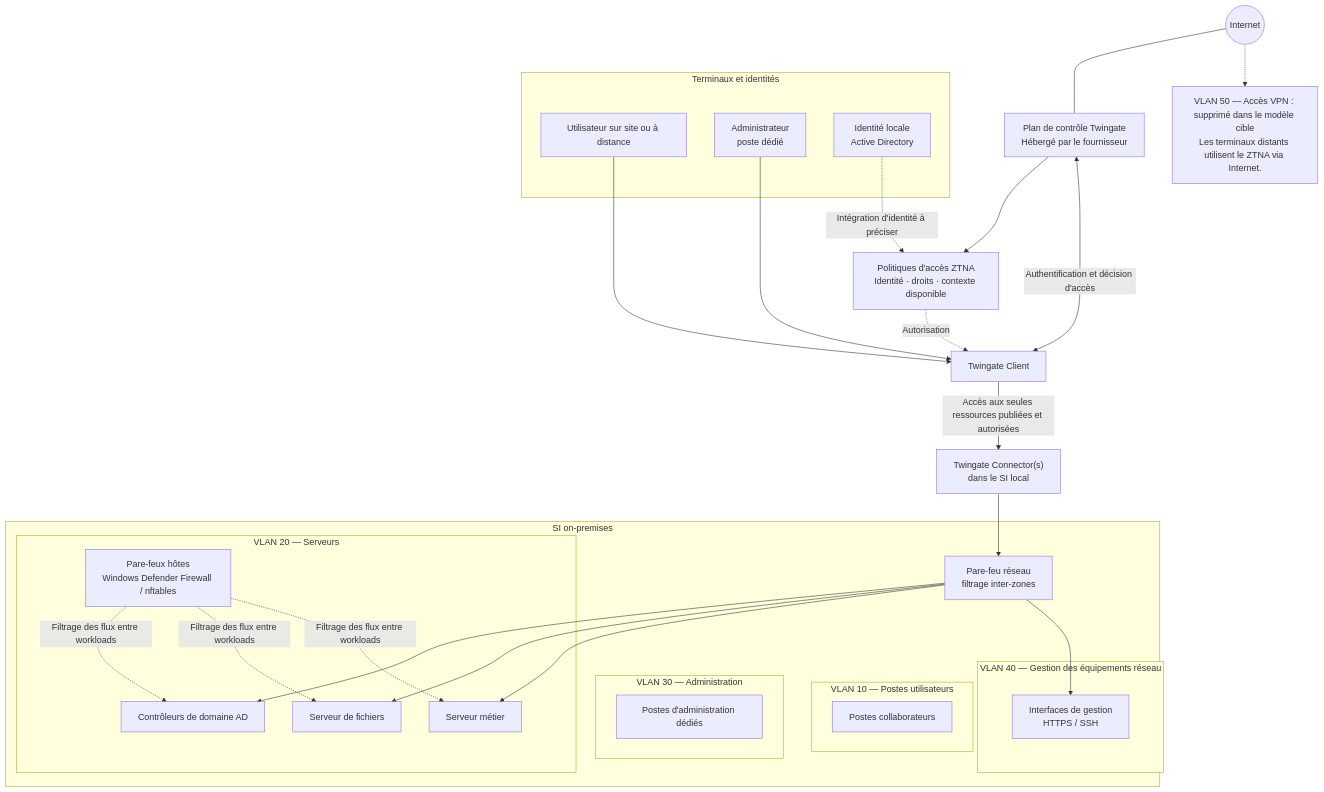
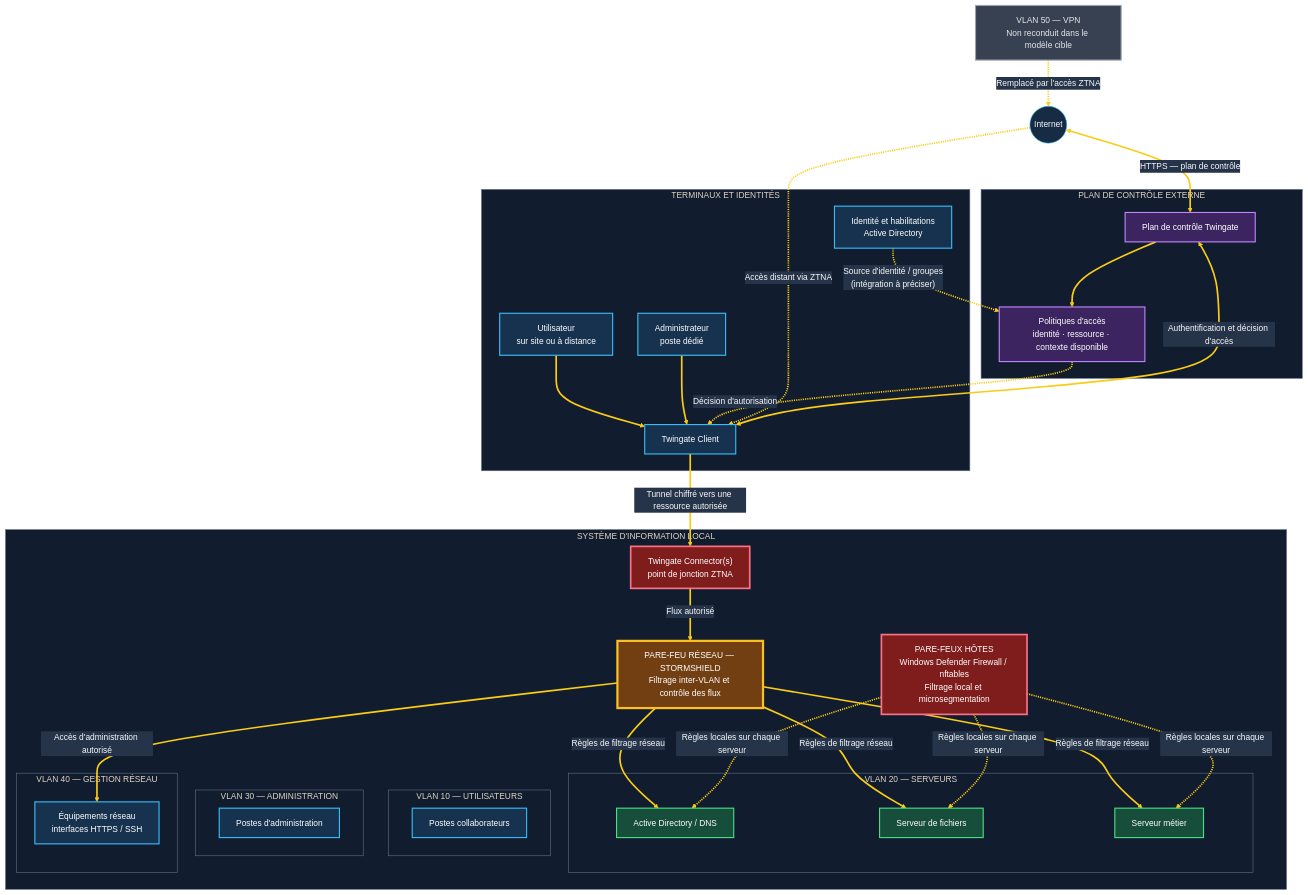
One commit to Chanc-111/Chanc-111 changed the diagram in projects/01-zero-trust-architecture/diagrams/02-target-architecture.mmd. Above: the diagram before and after it, drawn with Mermaid.

Commit message:
Improve target architecture diagram contrast and firewall visibility

```diff
--- a/projects/01-zero-trust-architecture/diagrams/02-target-architecture.mmd
+++ b/projects/01-zero-trust-architecture/diagrams/02-target-architecture.mmd
@@ -1,58 +1,83 @@
+%%{init: {"theme":"base","themeVariables":{"background":"#0b1220","primaryColor":"#172b45","primaryTextColor":"#f8fafc","primaryBorderColor":"#38bdf8","lineColor":"#facc15","secondaryColor":"#182235","tertiaryColor":"#202b3d","clusterBkg":"#111c2e","clusterBorder":"#64748b","edgeLabelBackground":"#263449","fontFamily":"Arial","fontSize":"15px"},"flowchart":{"curve":"basis","htmlLabels":true,"nodeSpacing":45,"rankSpacing":60}}}%%
 flowchart TB
     INTERNET(("Internet"))
 
-    subgraph ENDPOINTS["Terminaux et identités"]
-        USER["Utilisateur sur site ou à distance"]
+    subgraph ACCESS["TERMINAUX ET IDENTITÉS"]
+        USER["Utilisateur<br/>sur site ou à distance"]
         ADMIN["Administrateur<br/>poste dédié"]
-        ID["Identité locale<br/>Active Directory"]
+        ID["Identité et habilitations<br/>Active Directory"]
+        CLIENT["Twingate Client"]
     end
 
-    CONTROL["Plan de contrôle Twingate<br/>Hébergé par le fournisseur"]
-    POLICY["Politiques d'accès ZTNA<br/>Identité · droits · contexte disponible"]
-    CLIENT["Twingate Client"]
-    CONNECTOR["Twingate Connector(s)<br/>dans le SI local"]
+    subgraph CLOUD["PLAN DE CONTRÔLE EXTERNE"]
+        CONTROL["Plan de contrôle Twingate"]
+        POLICY["Politiques d'accès<br/>identité · ressource · contexte disponible"]
+    end
 
-    subgraph ONSITE["SI on-premises"]
-        FW["Pare-feu réseau<br/>filtrage inter-zones"]
+    subgraph LOCAL["SYSTÈME D'INFORMATION LOCAL"]
+        CONNECTOR["Twingate Connector(s)<br/>point de jonction ZTNA"]
 
-        subgraph V10["VLAN 10 — Postes utilisateurs"]
+        FW["PARE-FEU RÉSEAU — STORMSHIELD<br/>Filtrage inter-VLAN et contrôle des flux"]
+
+        subgraph V10["VLAN 10 — UTILISATEURS"]
             USERS["Postes collaborateurs"]
         end
 
-        subgraph V20["VLAN 20 — Serveurs"]
-            AD["Contrôleurs de domaine AD"]
+        subgraph V20["VLAN 20 — SERVEURS"]
+            AD["Active Directory / DNS"]
             FILES["Serveur de fichiers"]
             APP["Serveur métier"]
-            HOSTFW["Pare-feux hôtes<br/>Windows Defender Firewall / nftables"]
         end
 
-        subgraph V30["VLAN 30 — Administration"]
-            ADM["Postes d'administration dédiés"]
+        subgraph V30["VLAN 30 — ADMINISTRATION"]
+            ADM["Postes d'administration"]
         end
 
-        subgraph V40["VLAN 40 — Gestion des équipements réseau"]
-            NET["Interfaces de gestion<br/>HTTPS / SSH"]
+        subgraph V40["VLAN 40 — GESTION RÉSEAU"]
+            NET["Équipements réseau<br/>interfaces HTTPS / SSH"]
         end
+
+        HOSTFW["PARE-FEUX HÔTES<br/>Windows Defender Firewall / nftables<br/>Filtrage local et microsegmentation"]
     end
 
     USER --> CLIENT
     ADMIN --> CLIENT
+
     CLIENT <-->|"Authentification et décision d'accès"| CONTROL
+    ID -.->|"Source d'identité / groupes<br/>(intégration à préciser)"| POLICY
     CONTROL --> POLICY
-    ID -.->|"Intégration d'identité à préciser"| POLICY
-    POLICY -.->|"Autorisation"| CLIENT
-    CLIENT -->|"Accès aux seules ressources publiées et autorisées"| CONNECTOR
-    CONNECTOR --> FW
-    FW --> AD
-    FW --> FILES
-    FW --> APP
-    FW --> NET
+    POLICY -.->|"Décision d'autorisation"| CLIENT
 
-    HOSTFW -.->|"Filtrage des flux entre workloads"| AD
-    HOSTFW -.->|"Filtrage des flux entre workloads"| FILES
-    HOSTFW -.->|"Filtrage des flux entre workloads"| APP
+    CLIENT ==>|"Tunnel chiffré vers une ressource autorisée"| CONNECTOR
+    CONNECTOR ==>|"Flux autorisé"| FW
 
-    INTERNET --- CONTROL
+    FW ==>|"Règles de filtrage réseau"| AD
+    FW ==>|"Règles de filtrage réseau"| FILES
+    FW ==>|"Règles de filtrage réseau"| APP
+    FW ==>|"Accès d'administration autorisé"| NET
 
-    REMOVED["VLAN 50 — Accès VPN : supprimé dans le modèle cible<br/>Les terminaux distants utilisent le ZTNA via Internet."]
-    INTERNET -.-> REMOVED
+    HOSTFW -.->|"Règles locales sur chaque serveur"| AD
+    HOSTFW -.->|"Règles locales sur chaque serveur"| FILES
+    HOSTFW -.->|"Règles locales sur chaque serveur"| APP
+
+    INTERNET <-->|"HTTPS — plan de contrôle"| CONTROL
+
+    REMOVED["VLAN 50 — VPN<br/>Non reconduit dans le modèle cible"]
+    INTERNET -.->|"Accès distant via ZTNA"| CLIENT
+    REMOVED -.->|"Remplacé par l'accès ZTNA"| INTERNET
+
+    classDef endpoint fill:#16324f,stroke:#38bdf8,stroke-width:2px,color:#ffffff
+    classDef control fill:#3b245f,stroke:#c084fc,stroke-width:2px,color:#ffffff
+    classDef network fill:#713f12,stroke:#fbbf24,stroke-width:4px,color:#ffffff
+    classDef server fill:#164e3b,stroke:#4ade80,stroke-width:2px,color:#ffffff
+    classDef security fill:#7f1d1d,stroke:#fb7185,stroke-width:3px,color:#ffffff
+    classDef retired fill:#374151,stroke:#9ca3af,stroke-width:2px,color:#e5e7eb
+
+    class USER,ADMIN,ID,CLIENT,USERS,ADM,NET endpoint
+    class CONTROL,POLICY control
+    class FW network
+    class AD,FILES,APP server
+    class CONNECTOR,HOSTFW security
+    class REMOVED retired
+
+    linkStyle default stroke:#facc15,stroke-width:3px,color:#f8fafc
```
